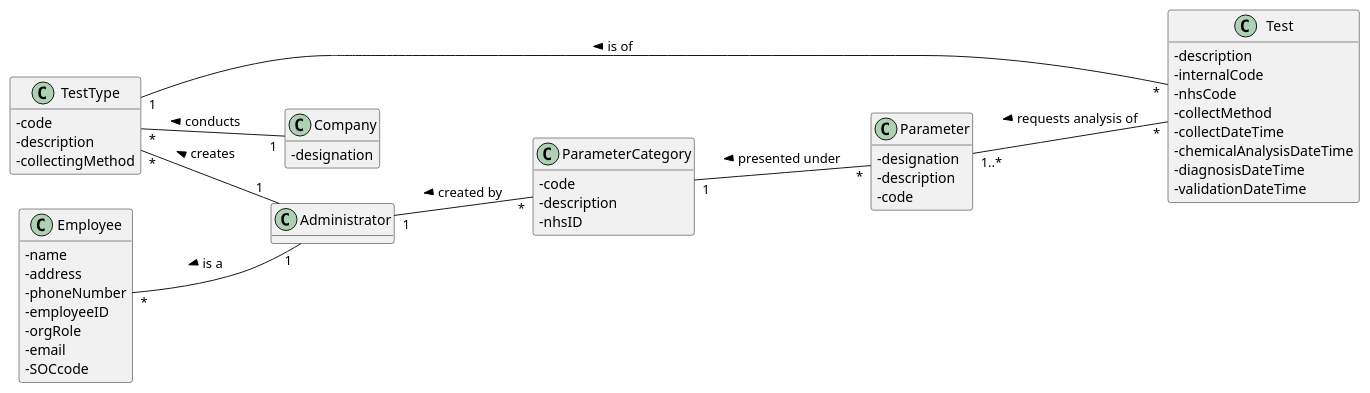
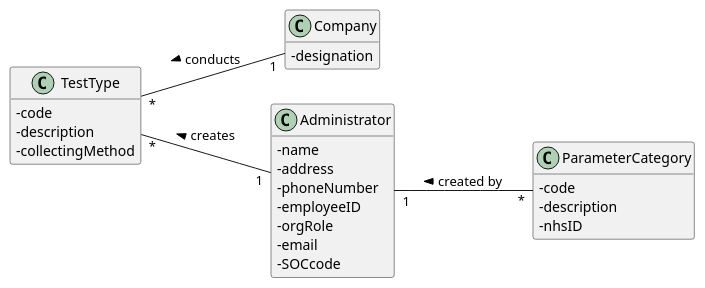
Before and after one commit to 0franciscor/lei-21-s2-1de-g19: the diagram in docs/SprintB/US09/US09-MD.puml, drawn with PlantUML. The commit also changed 2 other files, not shown here.

```diff
--- a/docs/SprintB/US09/US09-MD.puml
+++ b/docs/SprintB/US09/US09-MD.puml
@@ -1,75 +1,44 @@
 @startuml
 hide methods
 left to right direction
 
 class Company
-class Employee
 class Administrator
 class ParameterCategory
-class Parameter
 class TestType
-class Test
-
-Employee "*" -- "1" Administrator : < is a
-
-ParameterCategory "1" -- "*" Parameter : < presented under
-
-Parameter "1..*" -- "*" Test : < requests analysis of
 
 TestType "*" -- "1" Company : < conducts
-
-TestType "1" -- "*" Test: < is of
 
 TestType "*" -- "1" Administrator : < creates
 
 Administrator "1" -- "*" ParameterCategory : < created by
 
 skinparam classAttributeIconSize 0
 
 class Company{
 -designation
 }
 
-class Employee{
+class Administrator{
 -name
 -address
 -phoneNumber
 -employeeID
 -orgRole
 -email
 -SOCcode
 }
 
-class Administrator{
-}
-
 class ParameterCategory{
 -code
 -description
 -nhsID
-}
-
-class Parameter{
--designation
--description
--code
 }
 
 class TestType{
 -code
 -description
 -collectingMethod
 }
 
-class Test{
--description
--internalCode
--nhsCode
--collectMethod
--collectDateTime
--chemicalAnalysisDateTime
--diagnosisDateTime
--validationDateTime
-}
-
 @enduml
```
